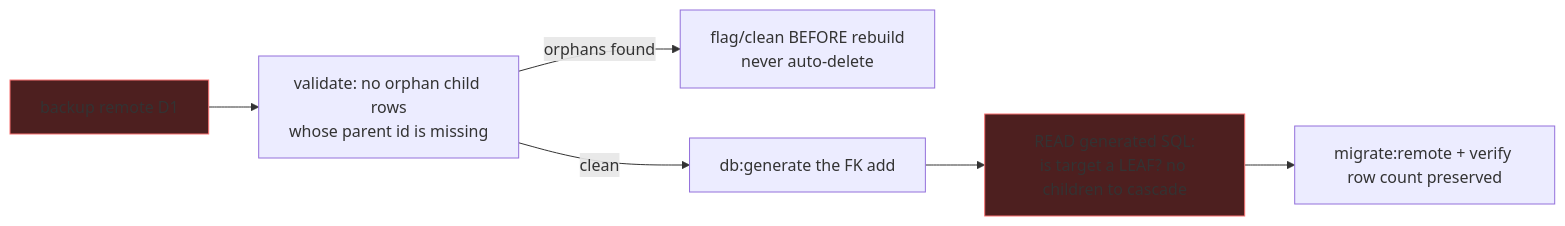
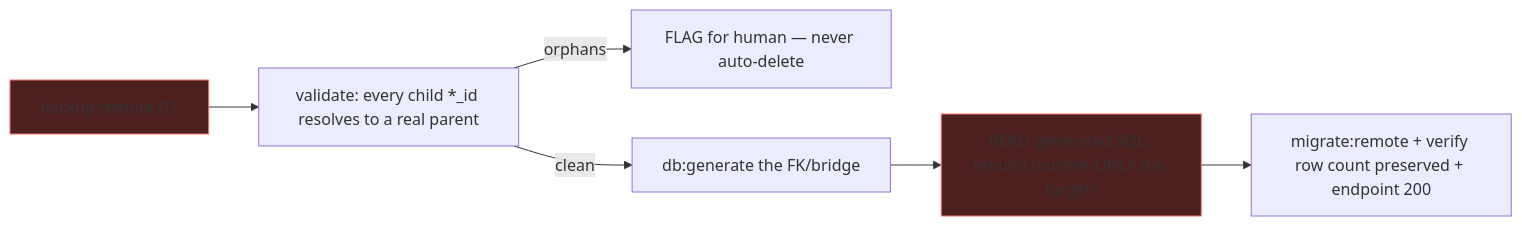
Before and after one commit to jmbish04/core-remodel: the sixth of 6 diagrams in docs/0033_d1_table_audit/IMPLEMENTATION_PLAN.md, drawn with Mermaid. The commit also changed other lines of this file and 2 other files, not shown here.

First line of the commit message:
docs(0033): connect-by-default build — resolved matrix + owner hubs/bridge

````diff
--- a/docs/0033_d1_table_audit/IMPLEMENTATION_PLAN.md
+++ b/docs/0033_d1_table_audit/IMPLEMENTATION_PLAN.md
@@ -111,10 +196,10 @@
 ```mermaid
 flowchart LR
-    A[backup remote D1] --> B[validate: no orphan child rows<br/>whose parent id is missing]
-    B -->|orphans found| F[flag/clean BEFORE rebuild<br/>never auto-delete]
-    B -->|clean| C[db:generate the FK add]
-    C --> D[READ generated SQL:<br/>is target a LEAF? no children to cascade]
-    D --> E[migrate:remote + verify row count preserved]
+    A[backup remote D1] --> B[validate: every child *_id resolves to a real parent]
+    B -->|orphans| F[FLAG for human — never auto-delete]
+    B -->|clean| C[db:generate the FK/bridge]
+    C --> D[READ generated SQL: rebuild touches ONLY the target?]
+    D --> E[migrate:remote + verify row count preserved + endpoint 200]
     classDef risk fill:#4d1f1f,stroke:#f87171
     class A,D risk
 ```
````
